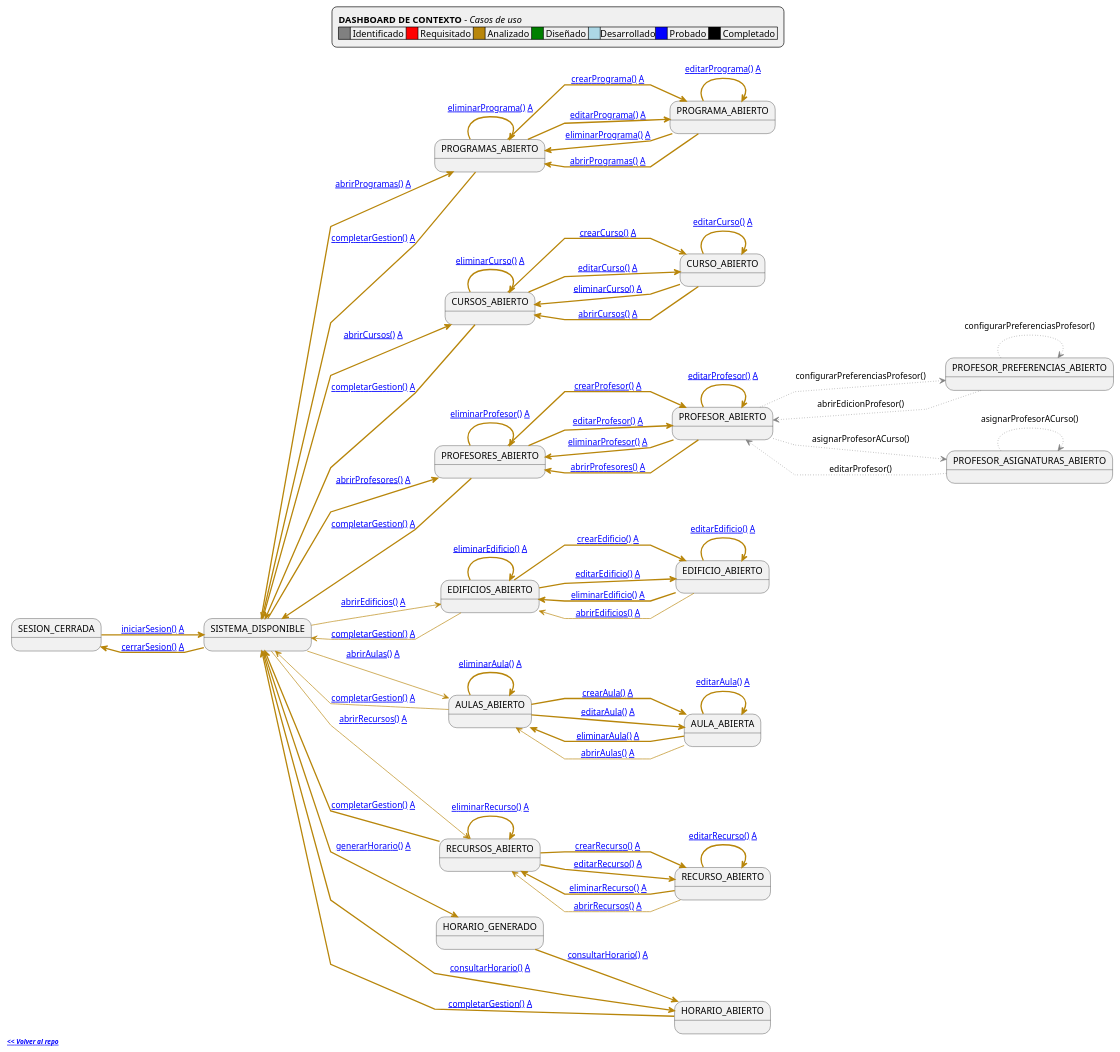
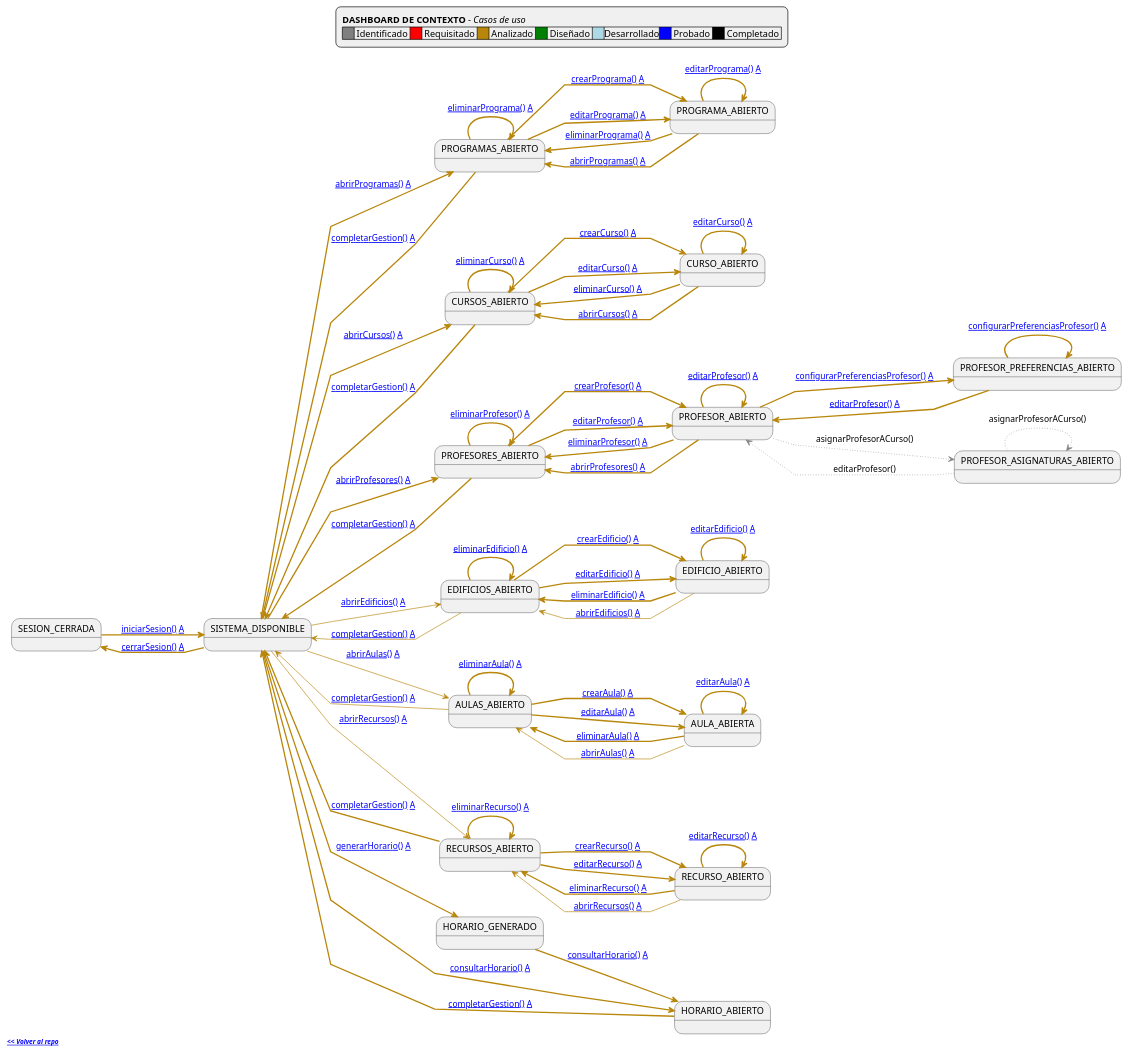
Before and after one commit to Hexcss/scheduler: the diagram in RUP/99-seguimiento/diagrama-contexto-administrador.puml, drawn with PlantUML. The commit also changed 16 other files, not shown here.

First line of the commit message:
feat(rup): Implementar configurarPreferenciasProfesor() completo

```diff
--- a/RUP/99-seguimiento/diagrama-contexto-administrador.puml
+++ b/RUP/99-seguimiento/diagrama-contexto-administrador.puml
@@ -82,10 +82,10 @@
 ListProfesores -[#darkgoldenrod,thickness=2]-> ListProfesores: [[https://github.com/mmasias/pySigHor/blob/main/RUP/00-casos-uso/02-detalle/eliminarProfesor/README.md eliminarProfesor()]] [[https://github.com/mmasias/pySigHor/blob/main/RUP/01-analisis/casos-uso/eliminarProfesor/README.md A]]
 EditProfesor -[#darkgoldenrod,thickness=2]-> EditProfesor: [[https://github.com/mmasias/pySigHor/blob/main/RUP/00-casos-uso/02-detalle/editarProfesor/README.md editarProfesor()]] [[https://github.com/mmasias/pySigHor/blob/main/RUP/01-analisis/casos-uso/editarProfesor/README.md A]]
 EditProfesor -[#darkgoldenrod,thickness=2]-> ListProfesores: [[https://github.com/mmasias/pySigHor/blob/main/RUP/00-casos-uso/02-detalle/eliminarProfesor/README.md eliminarProfesor()]] [[https://github.com/mmasias/pySigHor/blob/main/RUP/01-analisis/casos-uso/eliminarProfesor/README.md A]]
-EditProfesor -[#gray,dotted]-> EditProfesorPreferencias: configurarPreferenciasProfesor()
+EditProfesor -[#darkgoldenrod,thickness=2]-> EditProfesorPreferencias: [[https://github.com/mmasias/pySigHor/blob/main/RUP/00-casos-uso/02-detalle/configurarPreferenciasProfesor/README.md configurarPreferenciasProfesor()]] [[https://github.com/mmasias/pySigHor/blob/main/RUP/01-analisis/casos-uso/configurarPreferenciasProfesor/README.md A]]
 EditProfesor -[#darkgoldenrod,thickness=2]-> ListProfesores: [[https://github.com/mmasias/pySigHor/blob/main/RUP/00-casos-uso/02-detalle/abrirProfesores/README.md abrirProfesores()]] [[https://github.com/mmasias/pySigHor/blob/main/RUP/01-analisis/casos-uso/abrirProfesores/README.md A]]
-EditProfesorPreferencias -[#gray,dotted]-> EditProfesorPreferencias: configurarPreferenciasProfesor()
-EditProfesorPreferencias -[#gray,dotted]-> EditProfesor: abrirEdicionProfesor()
+EditProfesorPreferencias -[#darkgoldenrod,thickness=2]-> EditProfesorPreferencias: [[https://github.com/mmasias/pySigHor/blob/main/RUP/00-casos-uso/02-detalle/configurarPreferenciasProfesor/README.md configurarPreferenciasProfesor()]] [[https://github.com/mmasias/pySigHor/blob/main/RUP/01-analisis/casos-uso/configurarPreferenciasProfesor/README.md A]]
+EditProfesorPreferencias -[#darkgoldenrod,thickness=2]-> EditProfesor: [[https://github.com/mmasias/pySigHor/blob/main/RUP/00-casos-uso/02-detalle/editarProfesor/README.md editarProfesor()]] [[https://github.com/mmasias/pySigHor/blob/main/RUP/01-analisis/casos-uso/editarProfesor/README.md A]]
 ListEdificios -[#darkgoldenrod,bold]-> EditEdificio: [[https://github.com/mmasias/pySigHor/blob/main/RUP/00-casos-uso/02-detalle/crearEdificio/README.md crearEdificio()]] [[https://github.com/mmasias/pySigHor/blob/main/RUP/01-analisis/casos-uso/crearEdificio/README.md A]]
 ListEdificios -[#darkgoldenrod,bold]-> EditEdificio: [[https://github.com/mmasias/pySigHor/blob/main/RUP/00-casos-uso/02-detalle/editarEdificio/README.md editarEdificio()]] [[https://github.com/mmasias/pySigHor/blob/main/RUP/01-analisis/casos-uso/editarEdificio/README.md A]]
 ListEdificios -[#darkgoldenrod,bold]-> ListEdificios: [[https://github.com/mmasias/pySigHor/blob/main/RUP/00-casos-uso/02-detalle/eliminarEdificio/README.md eliminarEdificio()]] [[https://github.com/mmasias/pySigHor/blob/main/RUP/01-analisis/casos-uso/eliminarEdificio/README.md A]]
```
